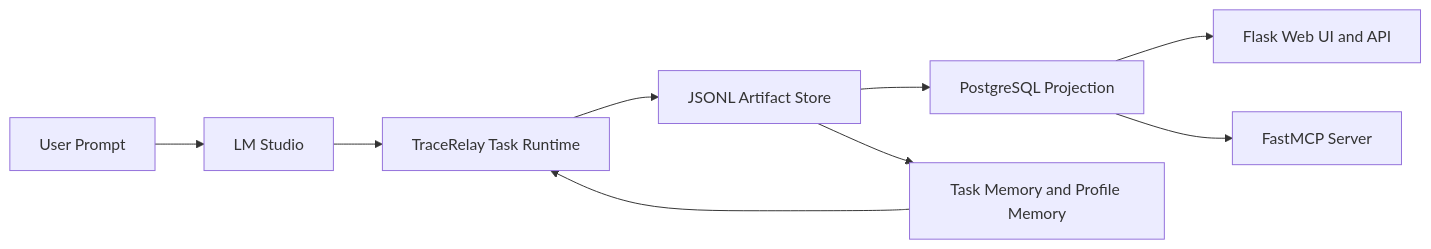
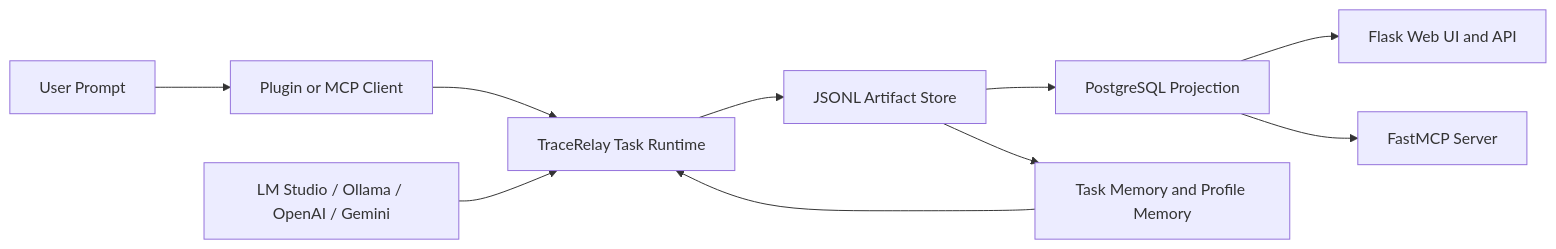
One commit to kawayuta/TraceRelay changed the first of 2 diagrams in docs/ARCHITECTURE.md. Above: the diagram before and after it, drawn with Mermaid. The commit also changed other lines of this file and 19 other files, not shown here.

Commit message:
feat: improve plugin routing and align MCP docs

````diff
--- a/docs/ARCHITECTURE.md
+++ b/docs/ARCHITECTURE.md
@@ -7,11 +7,12 @@
 ```mermaid
 flowchart LR
-    User[User Prompt] --> LM[LM Studio]
-    LM --> Runtime[TraceRelay Task Runtime]
+    User[User Prompt] --> Entry[Plugin or MCP Client]
+    Entry --> Runtime[TraceRelay Task Runtime]
+    Providers[LM Studio / Ollama / OpenAI / Gemini] --> Runtime
     Runtime --> JSONL[JSONL Artifact Store]
     JSONL --> PG[PostgreSQL Projection]
     PG --> Web[Flask Web UI and API]
     PG --> MCP[FastMCP Server]
     JSONL --> Memory[Task Memory and Profile Memory]
     Memory --> Runtime
 ```
````
